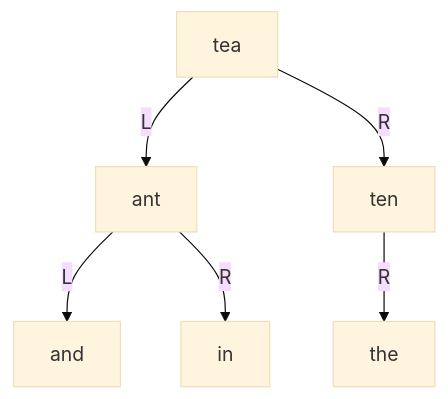
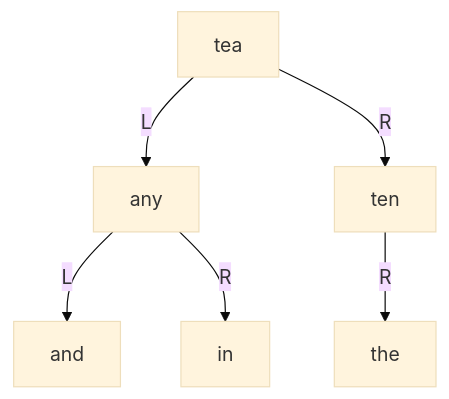
Before and after one commit to Myyura/the_kai_project: the fourth of 4 diagrams in docs/institute-of-science-tokyo/engineering/ict/2019/ict_201808_S5.md, drawn with Mermaid (base theme). The commit also changed other lines of this file and 366 other files, not shown here.

````diff
--- a/docs/institute-of-science-tokyo/engineering/ict/2019/ict_201808_S5.md
+++ b/docs/institute-of-science-tokyo/engineering/ict/2019/ict_201808_S5.md
@@ -80,8 +147,8 @@
 ```mermaid
 flowchart TD
- A[tea] -->|L| B[ant]
+ A[tea] -->|L| B[any]
  A -->|R| C[ten]
  B -->|L| D[and]
  B -->|R| E[in]
  C -->|R| F[the]
 ```
````
